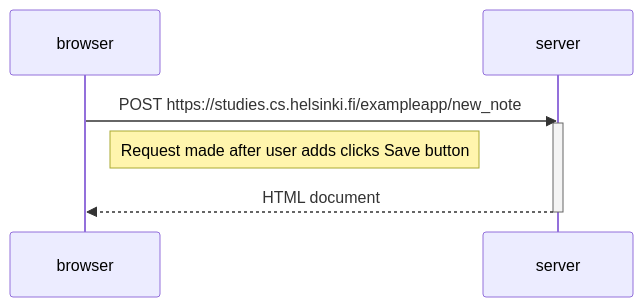
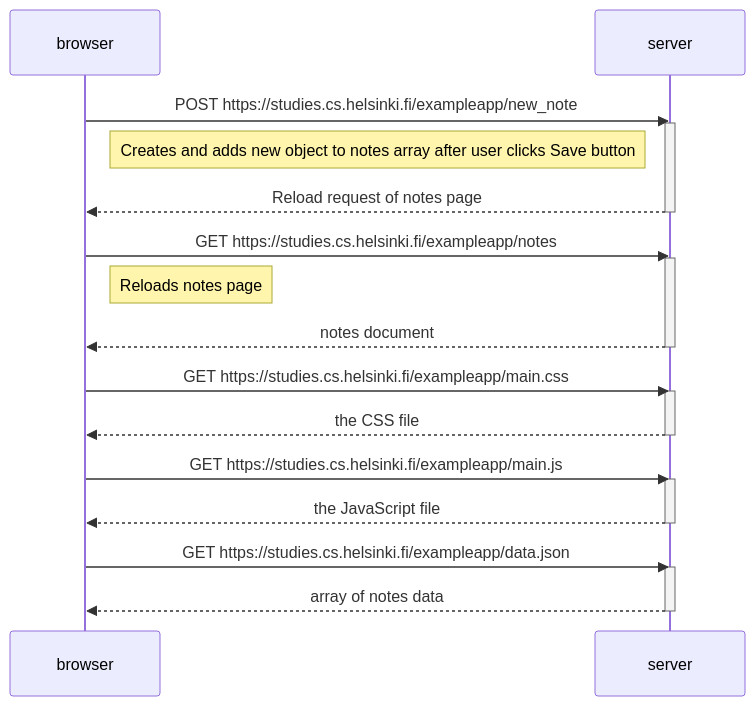
One commit to MRodriguez-M/full-stack-open-exercises changed the diagram in part0/exercise_0.4.md. Above: the diagram before and after it, drawn with Mermaid.

Commit message:
Added rest of steps to diagram

````diff
--- a/part0/exercise_0.4.md
+++ b/part0/exercise_0.4.md
@@ -1,13 +1,32 @@
 ```mermaid
 sequenceDiagram
     participant browser
     participant server
 
     browser->>server: POST https://studies.cs.helsinki.fi/exampleapp/new_note
     activate server
-    Note right of browser: Request made after user adds clicks Save button
-    server-->>browser: HTML document
+    Note right of browser: Creates and adds new object to notes array after user clicks Save button
+    server-->>browser: Reload request of notes page
     deactivate server
 
+    browser->>server: GET https://studies.cs.helsinki.fi/exampleapp/notes
+    activate server
+    Note right of browser: Reloads notes page
+    server-->>browser: notes document
+    deactivate server
 
+    browser->>server: GET https://studies.cs.helsinki.fi/exampleapp/main.css
+    activate server
+    server-->>browser: the CSS file
+    deactivate server
+
+    browser->>server: GET https://studies.cs.helsinki.fi/exampleapp/main.js
+    activate server
+    server-->>browser: the JavaScript file
+    deactivate server
+
+    browser->>server: GET https://studies.cs.helsinki.fi/exampleapp/data.json
+    activate server
+    server-->>browser: array of notes data
+    deactivate server
 ```
````
